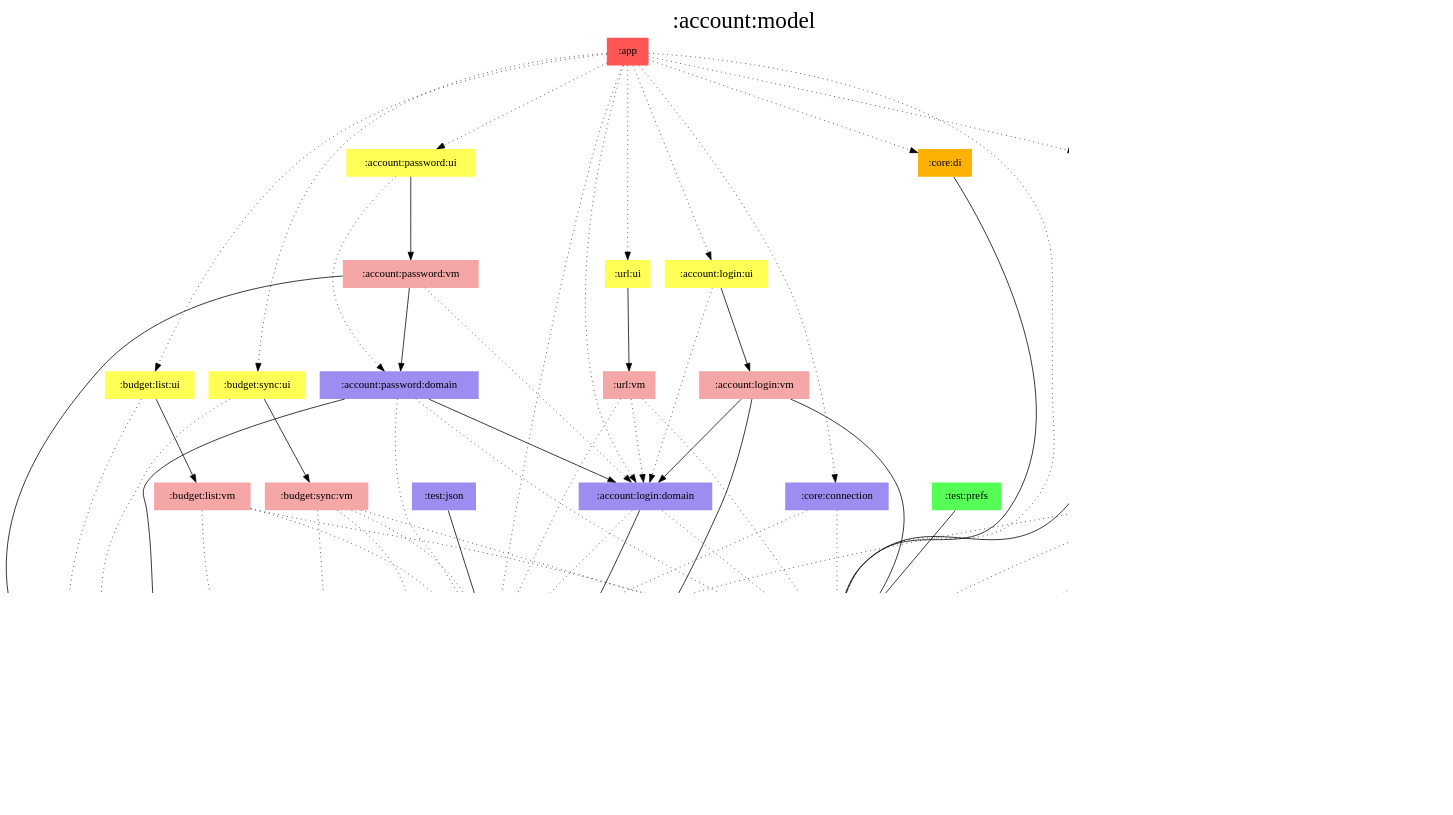
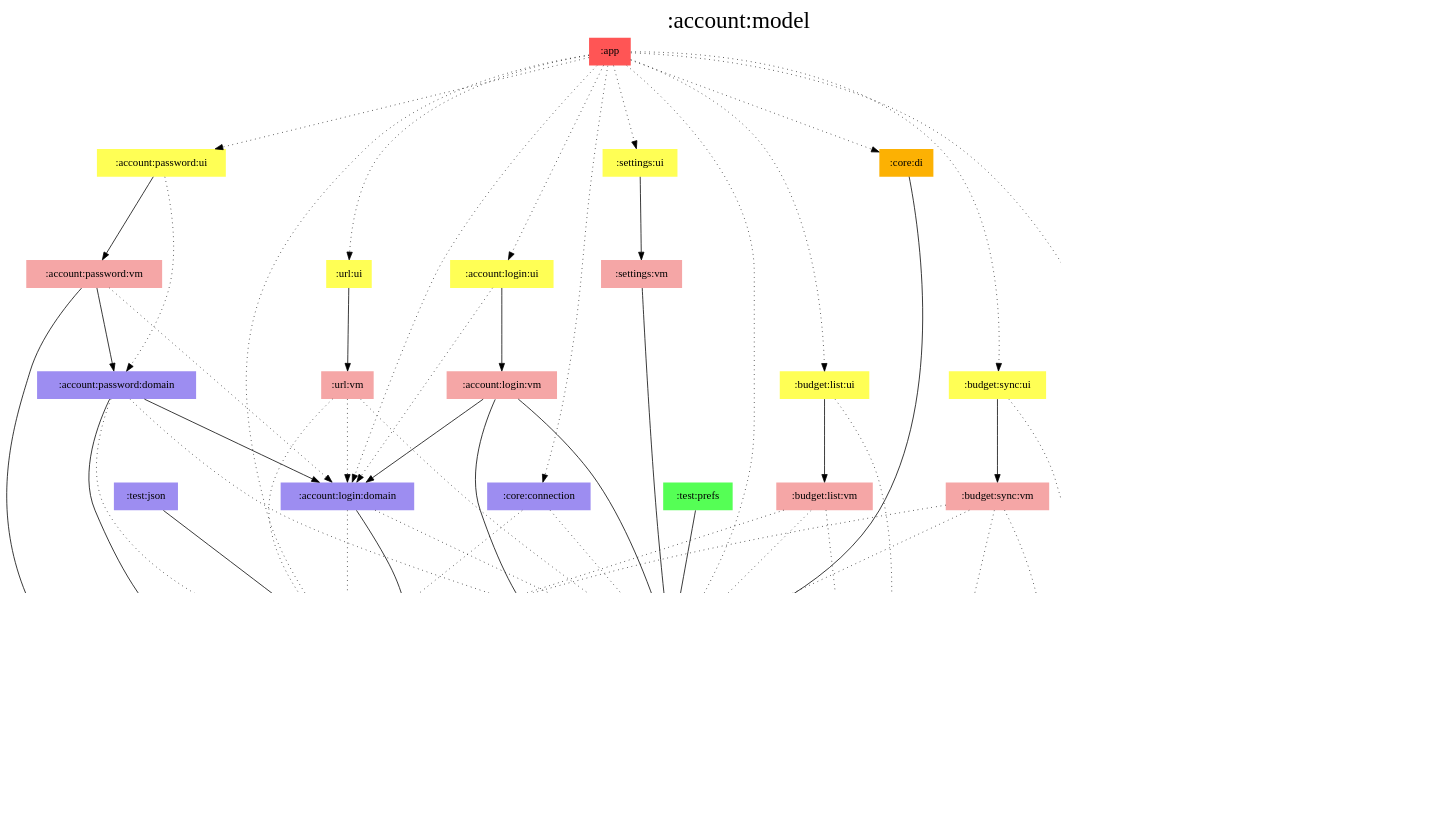
One commit to jonapoul/aktual changed the diagram in modules/account/model/modules.dot. Above: the diagram before and after it, drawn with Graphviz. The commit also changed 47 other files, not shown here.

```diff
--- a/modules/account/model/modules.dot
+++ b/modules/account/model/modules.dot
@@ -1,107 +1,106 @@
 digraph {
 edge ["dir"="forward"]
 graph ["dpi"="100","label"=":account:model","labelloc"="t","fontsize"="30","ranksep"="1.5","rankdir"="TB"]
 node ["style"="filled"]
 ":account:login:domain" ["fillcolor"="#9D8DF1","shape"="none"]
 ":account:login:ui" ["fillcolor"="#FFFF55","shape"="none"]
 ":account:login:vm" ["fillcolor"="#F5A6A6","shape"="none"]
 ":account:model" ["fillcolor"="#9D8DF1","color"="black","penwidth"="3","shape"="box"]
 ":account:password:domain" ["fillcolor"="#9D8DF1","shape"="none"]
 ":account:password:ui" ["fillcolor"="#FFFF55","shape"="none"]
 ":account:password:vm" ["fillcolor"="#F5A6A6","shape"="none"]
 ":api:actual" ["fillcolor"="#9D8DF1","shape"="none"]
 ":app" ["fillcolor"="#FF5555","shape"="none"]
 ":budget:encryption" ["fillcolor"="#9D8DF1","shape"="none"]
 ":budget:list:ui" ["fillcolor"="#FFFF55","shape"="none"]
 ":budget:list:vm" ["fillcolor"="#F5A6A6","shape"="none"]
 ":budget:sync:ui" ["fillcolor"="#FFFF55","shape"="none"]
 ":budget:sync:vm" ["fillcolor"="#F5A6A6","shape"="none"]
 ":budget:transactions:ui" ["fillcolor"="#FFFF55","shape"="none"]
 ":budget:transactions:vm" ["fillcolor"="#F5A6A6","shape"="none"]
 ":core:connection" ["fillcolor"="#9D8DF1","shape"="none"]
 ":core:di" ["fillcolor"="#FCB103","shape"="none"]
 ":prefs" ["fillcolor"="#9D8DF1","shape"="none"]
 ":settings:ui" ["fillcolor"="#FFFF55","shape"="none"]
 ":settings:vm" ["fillcolor"="#F5A6A6","shape"="none"]
 ":test:json" ["fillcolor"="#9D8DF1","shape"="none"]
 ":test:prefs" ["fillcolor"="#55FF55","shape"="none"]
 ":url:ui" ["fillcolor"="#FFFF55","shape"="none"]
 ":url:vm" ["fillcolor"="#F5A6A6","shape"="none"]
 {
 edge ["dir"="none"]
 graph ["rank"="same"]
 ":account:model"
 }
 ":account:login:domain" -> ":account:model"
 ":account:login:domain" -> ":api:actual" ["style"="dotted"]
 ":account:login:domain" -> ":prefs" ["style"="dotted"]
 ":account:login:ui" -> ":account:login:domain" ["style"="dotted"]
 ":account:login:ui" -> ":account:login:vm"
 ":account:login:vm" -> ":account:login:domain"
 ":account:login:vm" -> ":account:model"
 ":account:login:vm" -> ":prefs"
 ":account:password:domain" -> ":account:login:domain"
 ":account:password:domain" -> ":account:model"
 ":account:password:domain" -> ":api:actual" ["style"="dotted"]
 ":account:password:domain" -> ":prefs" ["style"="dotted"]
 ":account:password:ui" -> ":account:password:domain" ["style"="dotted"]
 ":account:password:ui" -> ":account:password:vm"
 ":account:password:vm" -> ":account:login:domain" ["style"="dotted"]
 ":account:password:vm" -> ":account:model"
 ":account:password:vm" -> ":account:password:domain"
 ":api:actual" -> ":account:model"
 ":app" -> ":account:login:domain" ["style"="dotted"]
 ":app" -> ":account:login:ui" ["style"="dotted"]
 ":app" -> ":account:password:ui" ["style"="dotted"]
 ":app" -> ":api:actual" ["style"="dotted"]
 ":app" -> ":budget:list:ui" ["style"="dotted"]
 ":app" -> ":budget:sync:ui" ["style"="dotted"]
+":app" -> ":budget:transactions:ui" ["style"="dotted"]
 ":app" -> ":core:connection" ["style"="dotted"]
 ":app" -> ":core:di" ["style"="dotted"]
 ":app" -> ":prefs" ["style"="dotted"]
 ":app" -> ":settings:ui" ["style"="dotted"]
 ":app" -> ":url:ui" ["style"="dotted"]
 ":budget:encryption" -> ":account:model"
 ":budget:list:ui" -> ":account:model" ["style"="dotted"]
 ":budget:list:ui" -> ":budget:list:vm"
 ":budget:list:vm" -> ":account:model" ["style"="dotted"]
 ":budget:list:vm" -> ":api:actual" ["style"="dotted"]
 ":budget:list:vm" -> ":prefs" ["style"="dotted"]
 ":budget:sync:ui" -> ":account:model" ["style"="dotted"]
 ":budget:sync:ui" -> ":budget:sync:vm"
 ":budget:sync:vm" -> ":account:model" ["style"="dotted"]
 ":budget:sync:vm" -> ":api:actual" ["style"="dotted"]
 ":budget:sync:vm" -> ":budget:encryption" ["style"="dotted"]
 ":budget:sync:vm" -> ":prefs" ["style"="dotted"]
 ":budget:transactions:ui" -> ":account:model" ["style"="dotted"]
 ":budget:transactions:ui" -> ":budget:transactions:vm"
 ":budget:transactions:vm" -> ":account:model" ["style"="dotted"]
-":budget:transactions:vm" -> ":api:actual" ["style"="dotted"]
-":budget:transactions:vm" -> ":prefs" ["style"="dotted"]
 ":core:connection" -> ":api:actual" ["style"="dotted"]
 ":core:connection" -> ":prefs" ["style"="dotted"]
 ":core:di" -> ":prefs"
 ":prefs" -> ":account:model"
 ":settings:ui" -> ":settings:vm"
 ":settings:vm" -> ":prefs"
 ":test:json" -> ":api:actual"
 ":test:prefs" -> ":prefs"
 ":url:ui" -> ":url:vm"
 ":url:vm" -> ":account:login:domain" ["style"="dotted"]
 ":url:vm" -> ":api:actual" ["style"="dotted"]
 ":url:vm" -> ":prefs" ["style"="dotted"]
 subgraph "cluster_legend" {
 edge ["dir"="none"]
 graph ["label"="Legend","fontsize"="20"]
 "Legend" ["style"="filled","fillcolor"="#FFFFFF","shape"="none","margin"="0","fontsize"="15","label"=<
 <TABLE BORDER="0" CELLBORDER="0" CELLSPACING="0" CELLPADDING="4">
 <TR><TD>App</TD><TD BGCOLOR="#FF5555">module-name</TD></TR>
 <TR><TD>ViewModel</TD><TD BGCOLOR="#F5A6A6">module-name</TD></TR>
 <TR><TD>Hilt</TD><TD BGCOLOR="#FCB103">module-name</TD></TR>
 <TR><TD>Compose</TD><TD BGCOLOR="#FFFF55">module-name</TD></TR>
 <TR><TD>Android</TD><TD BGCOLOR="#55FF55">module-name</TD></TR>
 <TR><TD>Multiplatform</TD><TD BGCOLOR="#9D8DF1">module-name</TD></TR>
 </TABLE>
 >]
 } -> ":account:model" ["style"="invis"]
 }
```
